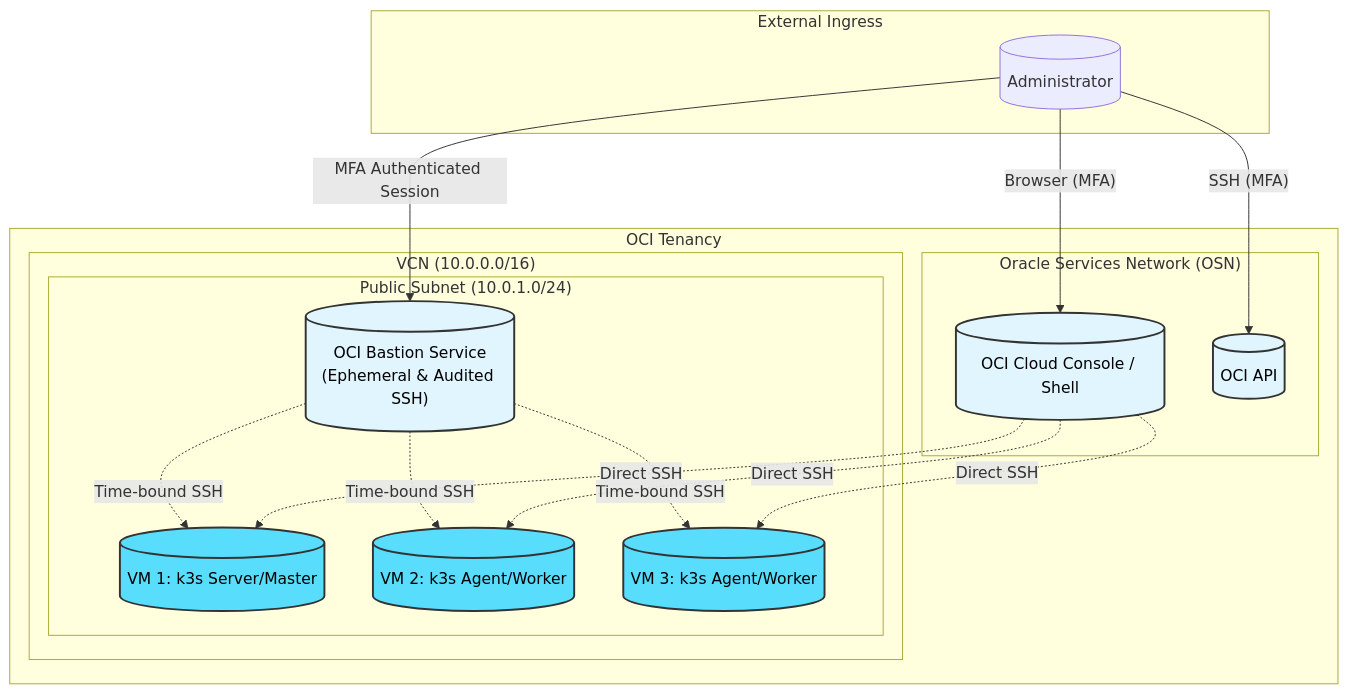
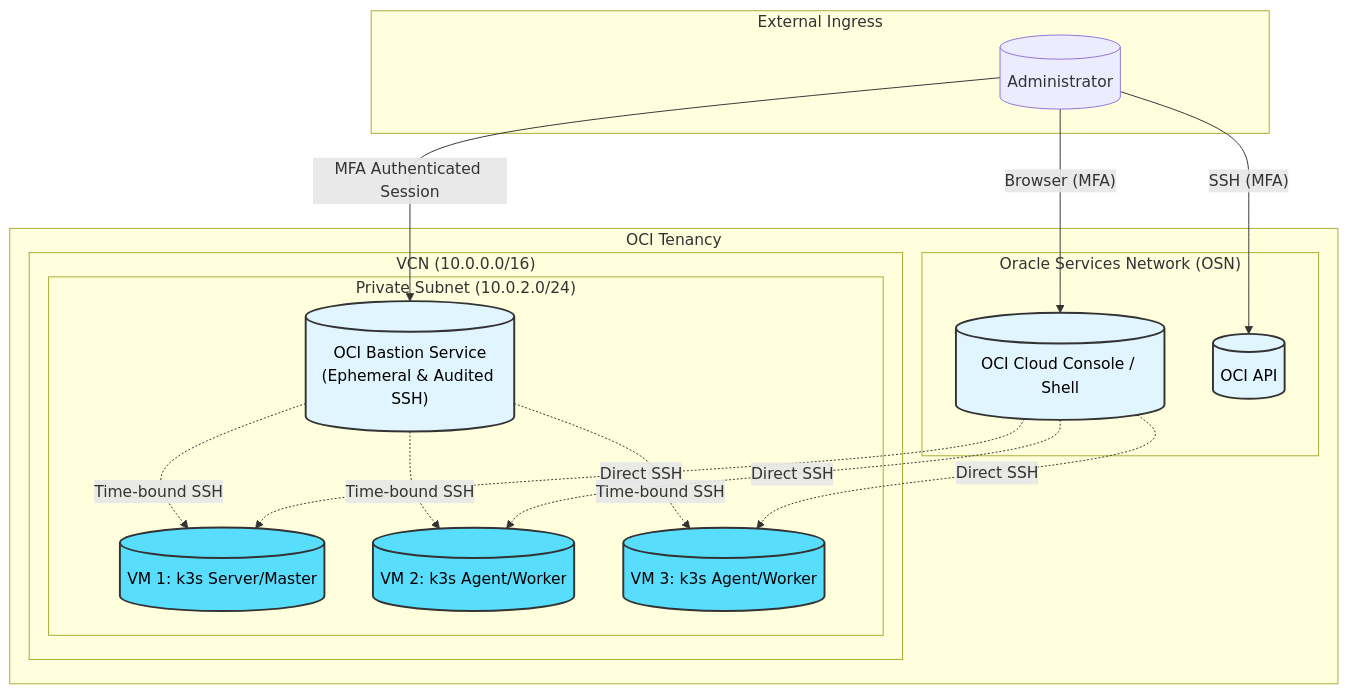
The second of 3 diagrams in Infrastructure/layout.md (VilleJuhan1/Fullstack-websovelluskehitys-osa14-projekti), drawn with Mermaid before and after one commit. The commit also changed other lines of this file and 8 other files, not shown here.

````diff
--- a/Infrastructure/layout.md
+++ b/Infrastructure/layout.md
@@ -40,45 +51,46 @@
 ```mermaid
 %%{init: {
   "flowchart": {
     "ranksep": 80,
     "nodesep": 80
   }
 }}%%
 graph TD
     subgraph "External Ingress"
         Admin[("Administrator")]
     end
 
     subgraph "OCI Tenancy"
         subgraph "Oracle Services Network (OSN)"
             CloudConsole[("OCI Cloud Console / Shell")]
             API[("OCI API")]
         end
 
         subgraph "VCN (10.0.0.0/16)"
-            subgraph "Public Subnet (10.0.1.0/24)"
+            subgraph "Private Subnet (10.0.2.0/24)"
                 Bastion[("OCI Bastion Service<br/>(Ephemeral & Audited SSH)")]
                 MasterVM[("VM 1: k3s Server/Master")]
                 AgentVM1[("VM 2: k3s Agent/Worker")]
                 AgentVM2[("VM 3: k3s Agent/Worker")]
             end
         end
     end
 
     Admin -- "MFA Authenticated Session" --> Bastion
     Admin -- "Browser (MFA)" --> CloudConsole
     Admin -- "SSH (MFA)" --> API
     
     Bastion -. "Time-bound SSH" .-> MasterVM
     Bastion -. "Time-bound SSH" .-> AgentVM1
     Bastion -. "Time-bound SSH" .-> AgentVM2
 
     CloudConsole -. "Direct SSH" .-> MasterVM
     CloudConsole -. "Direct SSH" .-> AgentVM1
     CloudConsole -. "Direct SSH" .-> AgentVM2
 
     classDef public fill:#e1f5fe,stroke:#333,stroke-width:2px,color:#000000;
+    classDef private fill:#e8f5e9,stroke:#333,stroke-width:2px,color:#000000;
     classDef vm fill:#58DDFC,stroke:#333,stroke-width:2px,color:#000000;
     class Bastion,CloudConsole,API public;
     class MasterVM,AgentVM1,AgentVM2 vm;
 ```
````
